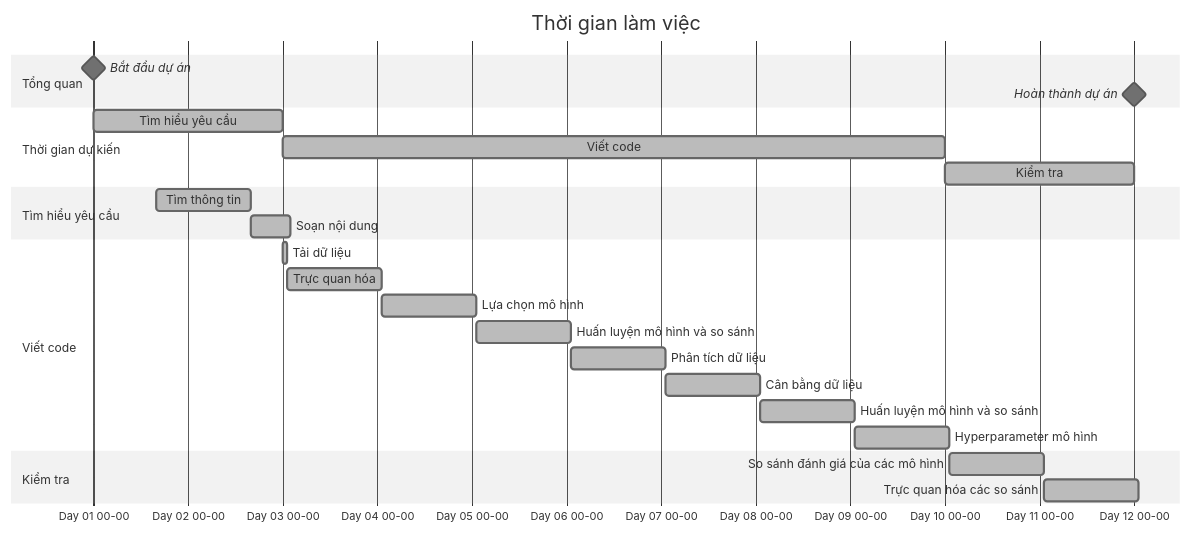
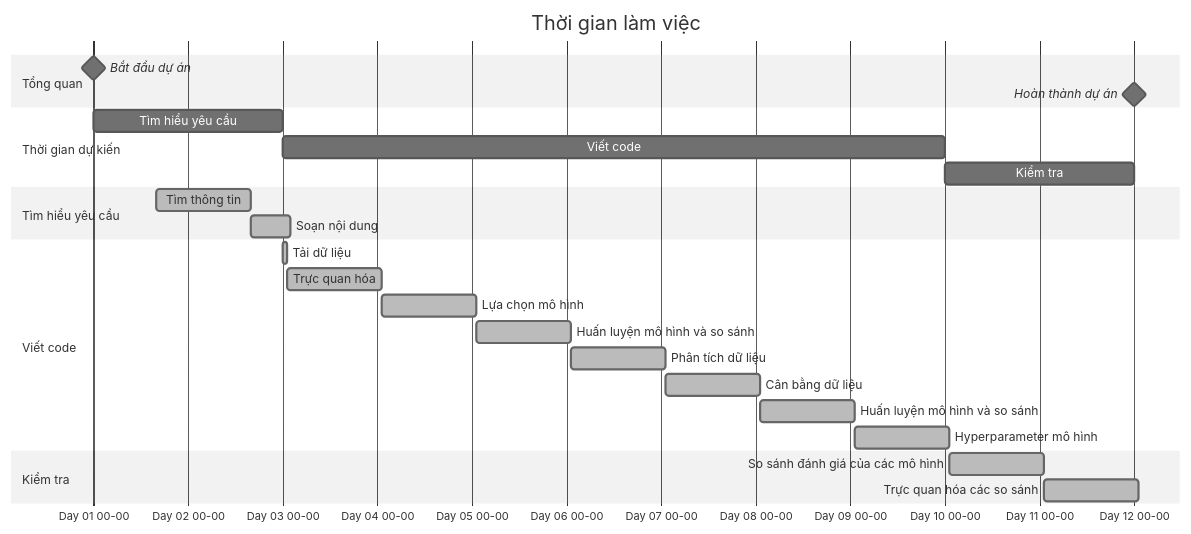
Before and after one commit to lngquoctrung/diabetes-prediction-machine-learning: the diagram in README.md, drawn with Mermaid (neutral theme).

````diff
--- a/README.md
+++ b/README.md
@@ -209,33 +209,33 @@
 ```mermaid
 gantt
    title Thời gian làm việc
    dateFormat YYYY-MM-DD HH:MM
    axisFormat Day %d %H-%M
    todayMarker off
 
    section Tổng quan     
       Bắt đầu dự án                     :milestone, m1, 2025-01-01, 0d
       Hoàn thành dự án                  :milestone, m2, 2025-01-12, 0d
       
    section Thời gian dự kiến
-      Tìm hiểu yêu cầu                  :done, a1, 2025-01-01, 2d
-      Viết code                         :done, a2, after a1, 7d
-      Kiểm tra                          :done, a3, after a2, 2d
+      Tìm hiểu yêu cầu                  :a1, 2025-01-01, 2d
+      Viết code                         :a2, after a1, 7d
+      Kiểm tra                          :a3, after a2, 2d
 
    section Tìm hiểu yêu cầu
       Tìm thông tin                     :done, b1, 2025-01-01 16:00, 1d
       Soạn nội dung                     :done, after b1, 10h
 
    section Viết code
       Tải dữ liệu                       :done, c1, 2025-01-03, 1h
       Trực quan hóa                     :done, c2, after c1, 1d
       Lựa chọn mô hình                  :done, c3, after c2, 1d
       Huấn luyện mô hình và so sánh     :done, c4, after c3, 1d
       Phân tích dữ liệu                 :done, c5, after c4, 1d
       Cân bằng dữ liệu                  :done, c6, after c5, 1d
       Huấn luyện mô hình và so sánh     :done, c7, after c6, 1d
       Hyperparameter mô hình            :done, c8, after c7, 1d
   section Kiểm tra
       So sánh đánh giá của các mô hình  :done, d1, after c8, 1d
       Trực quan hóa các so sánh         :done, d2, after d1, 1d
 ```
````
